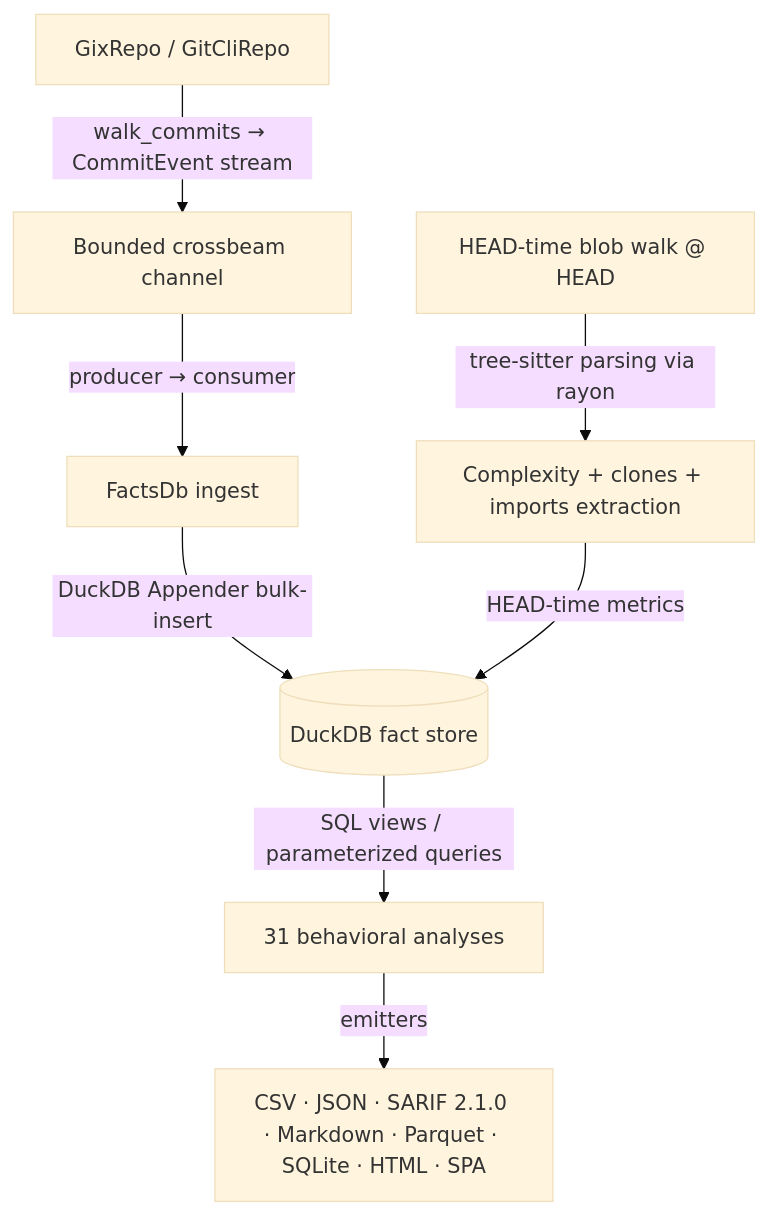
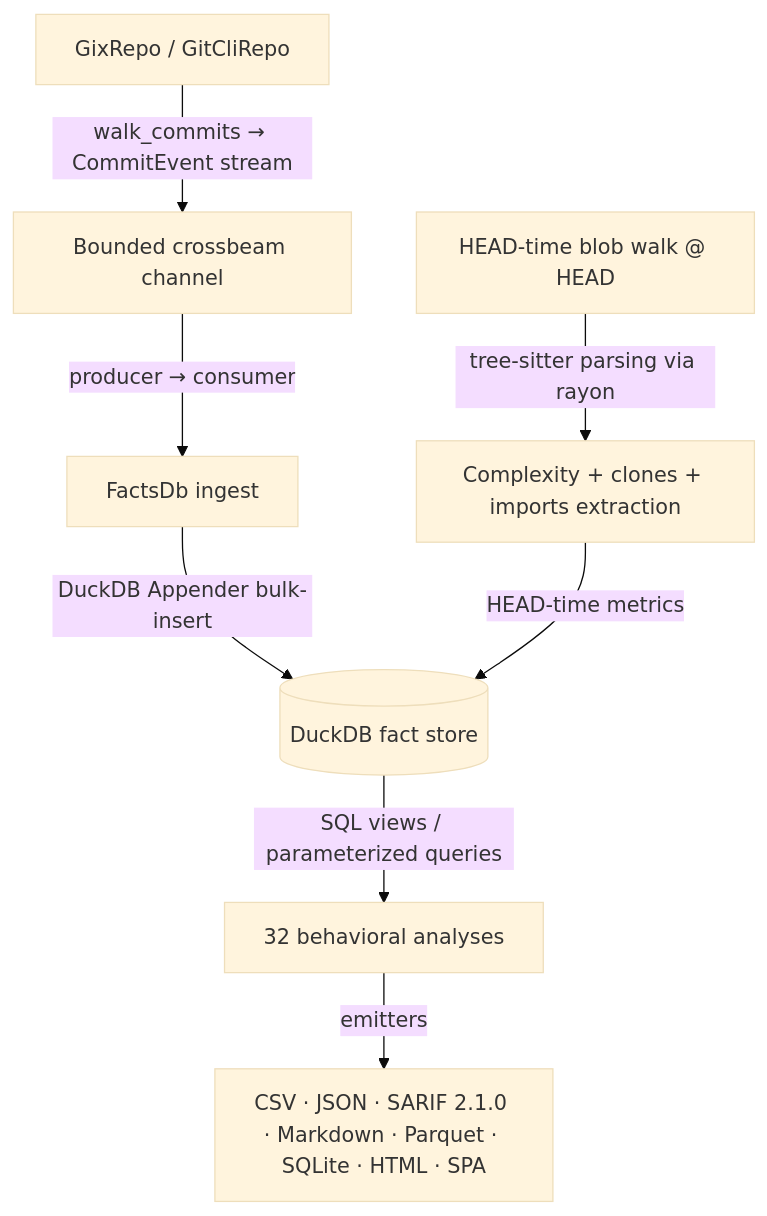
The diagram in docs/reports/deep_analysis_report.md (emrecdr/codelore), drawn with Mermaid (base theme) before and after one commit. The commit also changed other lines of this file and 3 other files, not shown here.

````diff
--- a/docs/reports/deep_analysis_report.md
+++ b/docs/reports/deep_analysis_report.md
@@ -17,10 +17,10 @@
 ```mermaid
 graph TD
     A[GixRepo / GitCliRepo] -->|walk_commits → CommitEvent stream| B[Bounded crossbeam channel]
     B -->|producer → consumer| C[FactsDb ingest]
     C -->|DuckDB Appender bulk-insert| D[(DuckDB fact store)]
     E[HEAD-time blob walk @ HEAD] -->|tree-sitter parsing via rayon| F[Complexity + clones + imports extraction]
     F -->|HEAD-time metrics| D
-    D -->|SQL views / parameterized queries| G[31 behavioral analyses]
+    D -->|SQL views / parameterized queries| G[32 behavioral analyses]
     G -->|emitters| H[CSV · JSON · SARIF 2.1.0 · Markdown · Parquet · SQLite · HTML · SPA]
 ```
````
